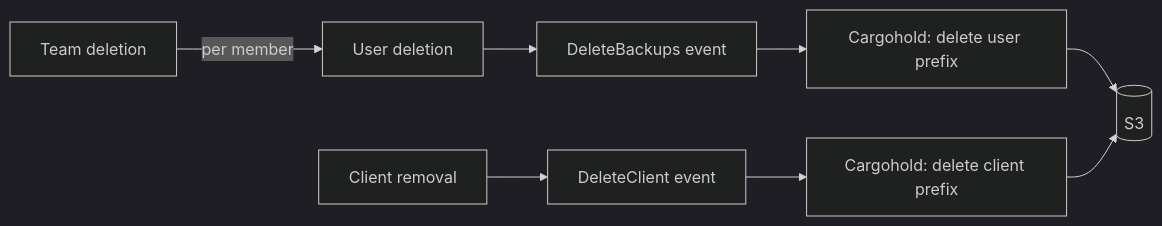
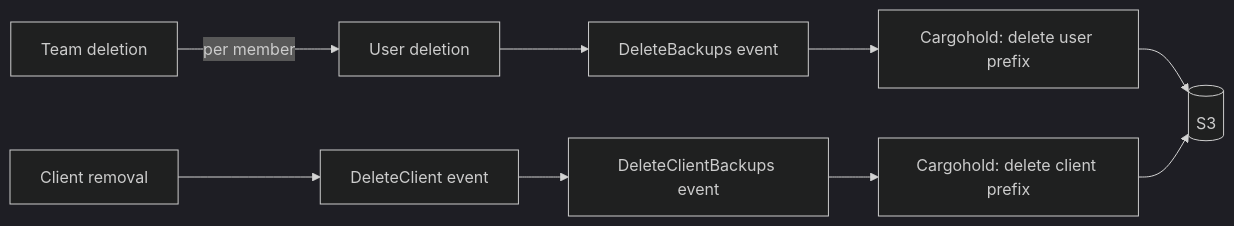
Before and after one commit to wireapp/wire-server: the second of 2 diagrams in rfc-draft-backup-endpoints.md, drawn with Mermaid (dark theme). The commit also changed other lines of this file, not shown here.

Commit message:
Backups: RFC draft describes separate client backup deletion event

````diff
--- a/rfc-draft-backup-endpoints.md
+++ b/rfc-draft-backup-endpoints.md
@@ -898,10 +901,11 @@
 ```mermaid
 flowchart LR
     T[Team deletion] -->|per member| UD[User deletion]
     UD --> DB[DeleteBackups event]
     DB --> CU[Cargohold: delete user prefix]
     CR[Client removal] --> DC[DeleteClient event]
-    DC --> CC[Cargohold: delete client prefix]
+    DC --> DCB[DeleteClientBackups event]
+    DCB --> CC[Cargohold: delete client prefix]
     CU --> S3[(S3)]
     CC --> S3
 ```
````
